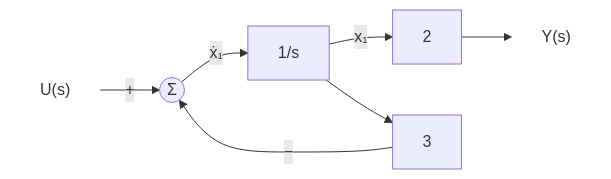
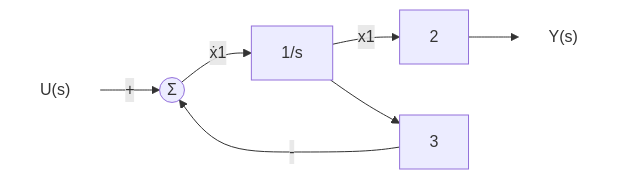
One commit to Choroning/25Fall_Neural-Network-Control-Systems changed diagram 11 of 14 in Lecture-Notes/Week06_Control-System-Modeling-III/Concepts_Lecture.ko.md. Above: the diagram before and after it, drawn with Mermaid. The commit also changed other lines of this file and 25 other files, not shown here.

````diff
--- a/Lecture-Notes/Week06_Control-System-Modeling-III/Concepts_Lecture.ko.md
+++ b/Lecture-Notes/Week06_Control-System-Modeling-III/Concepts_Lecture.ko.md
@@ -434,11 +434,11 @@
 ```mermaid
 flowchart LR
-  U["U(s)"] -->|"+"| S(("Σ"))
-  S -->|"ẋ₁"| I1["1/s"]
-  I1 -->|"x₁"| K2["2"]
+  U["U(s)"] -->|"#43;"| S(("Σ"))
+  S -->|"ẋ1"| I1["1/s"]
+  I1 -->|"x1"| K2["2"]
   I1 --> K3["3"]
-  K3 -->|"−"| S
+  K3 -->|"#45;"| S
   K2 --> Y["Y(s)"]
   classDef sig fill:none,stroke:none;
   class U,Y sig;
 ```
````
